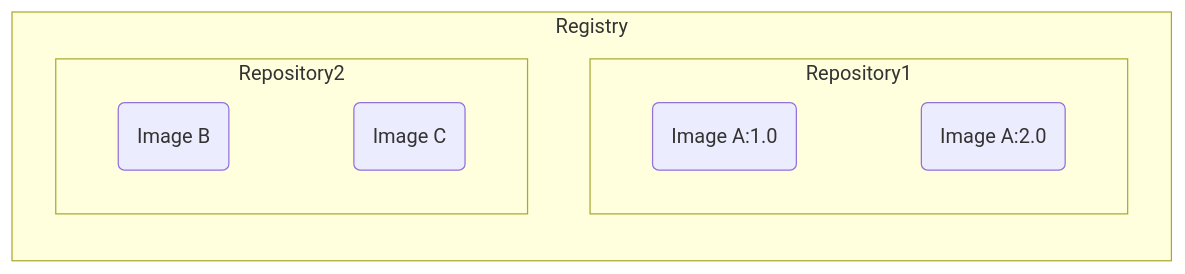
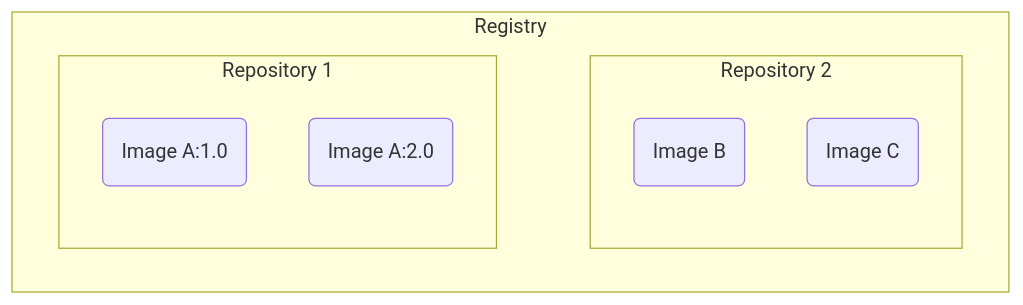
One commit to bingyangchen/KM-software changed the diagram in Tools/Docker/4 - Docker Hub.draft.md. Above: the diagram before and after it, drawn with Mermaid. The commit also changed other lines of this file and 56 other files, not shown here.

````diff
--- a/Tools/Docker/4 - Docker Hub.draft.md
+++ b/Tools/Docker/4 - Docker Hub.draft.md
@@ -9,15 +9,15 @@
 ```mermaid
-flowchart LR
-    id1("Image A:1.0")
-    id2("Image A:2.0")
-    id3("Image B")
-    id4("Image C")
+flowchart
     subgraph Registry
-        subgraph Repository1
-            id1 ~~~ id2
+        direction LR
+        subgraph r1 [Repository 1]
+            id1("Image A:1.0")
+            id2("Image A:2.0")
         end
-        subgraph Repository2
-            id3 ~~~ id4
+        subgraph r2 [Repository 2]
+            id3("Image B")
+            id4("Image C")
         end
+        r1 ~~~ r2
     end
 ```
````
